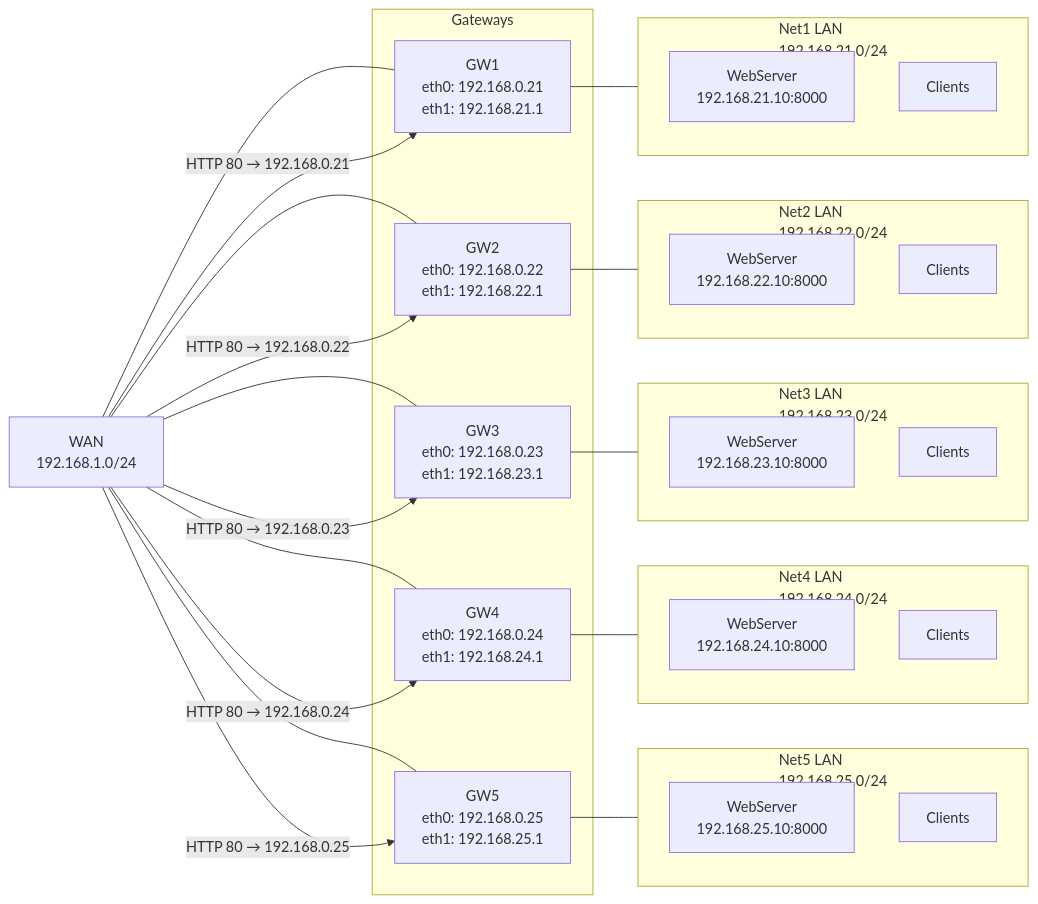
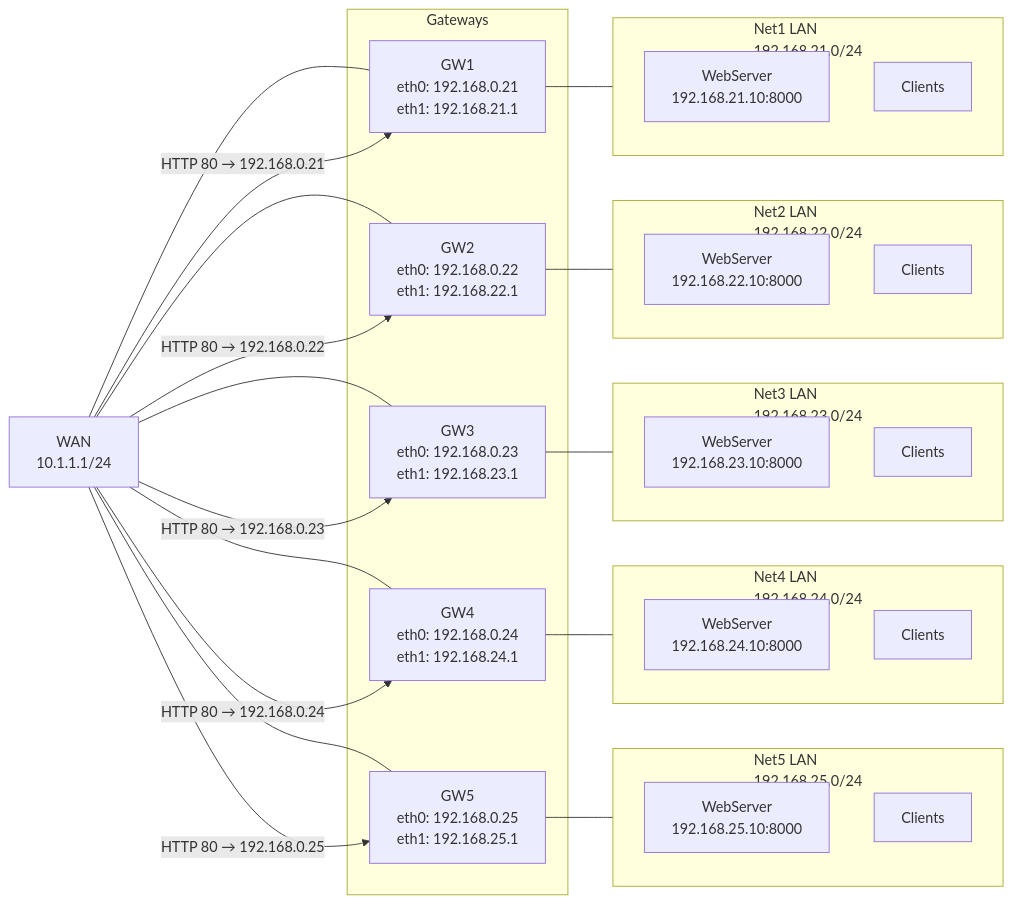
Before and after one commit to shima-nct/Computer_Networking_Lab: the diagram in chapters/under_construction/ネットワーク図.mmd, drawn with Mermaid. The commit also changed 1 other file, not shown here.

Commit message:
docs: update WAN network addressing from 192.168.1.0/24 to 10.1.1.x/24

```diff
--- a/chapters/under_construction/ネットワーク図.mmd
+++ b/chapters/under_construction/ネットワーク図.mmd
@@ -1,63 +1,63 @@
 graph LR
 
   %% ===== WAN =====
-  WAN["WAN\n192.168.1.0/24"]
+  WAN["WAN\n10.1.1.1/24"]
 
   %% ===== Gateways =====
   subgraph GW_Cluster["Gateways"]
     GW1["GW1\neth0: 192.168.0.21\neth1: 192.168.21.1"]
     GW2["GW2\neth0: 192.168.0.22\neth1: 192.168.22.1"]
     GW3["GW3\neth0: 192.168.0.23\neth1: 192.168.23.1"]
     GW4["GW4\neth0: 192.168.0.24\neth1: 192.168.24.1"]
     GW5["GW5\neth0: 192.168.0.25\neth1: 192.168.25.1"]
   end
 
   WAN --- GW1
   WAN --- GW2
   WAN --- GW3
   WAN --- GW4
   WAN --- GW5
 
   %% ===== Net1 =====
   subgraph Net1["Net1 LAN\n192.168.21.0/24"]
     WS1["WebServer\n192.168.21.10:8000"]
     C1["Clients"]
   end
 
   %% ===== Net2 =====
   subgraph Net2["Net2 LAN\n192.168.22.0/24"]
     WS2["WebServer\n192.168.22.10:8000"]
     C2["Clients"]
   end
 
   %% ===== Net3 =====
   subgraph Net3["Net3 LAN\n192.168.23.0/24"]
     WS3["WebServer\n192.168.23.10:8000"]
     C3["Clients"]
   end
 
   %% ===== Net4 =====
   subgraph Net4["Net4 LAN\n192.168.24.0/24"]
     WS4["WebServer\n192.168.24.10:8000"]
     C4["Clients"]
   end
 
   %% ===== Net5 =====
   subgraph Net5["Net5 LAN\n192.168.25.0/24"]
     WS5["WebServer\n192.168.25.10:8000"]
     C5["Clients"]
   end
 
   %% GW <-> LAN
   GW1 --- Net1
   GW2 --- Net2
   GW3 --- Net3
   GW4 --- Net4
   GW5 --- Net5
 
   %% External access notes (labels on edges)
   WAN -- "HTTP 80 → 192.168.0.21" --> GW1
   WAN -- "HTTP 80 → 192.168.0.22" --> GW2
   WAN -- "HTTP 80 → 192.168.0.23" --> GW3
   WAN -- "HTTP 80 → 192.168.0.24" --> GW4
   WAN -- "HTTP 80 → 192.168.0.25" --> GW5
```
